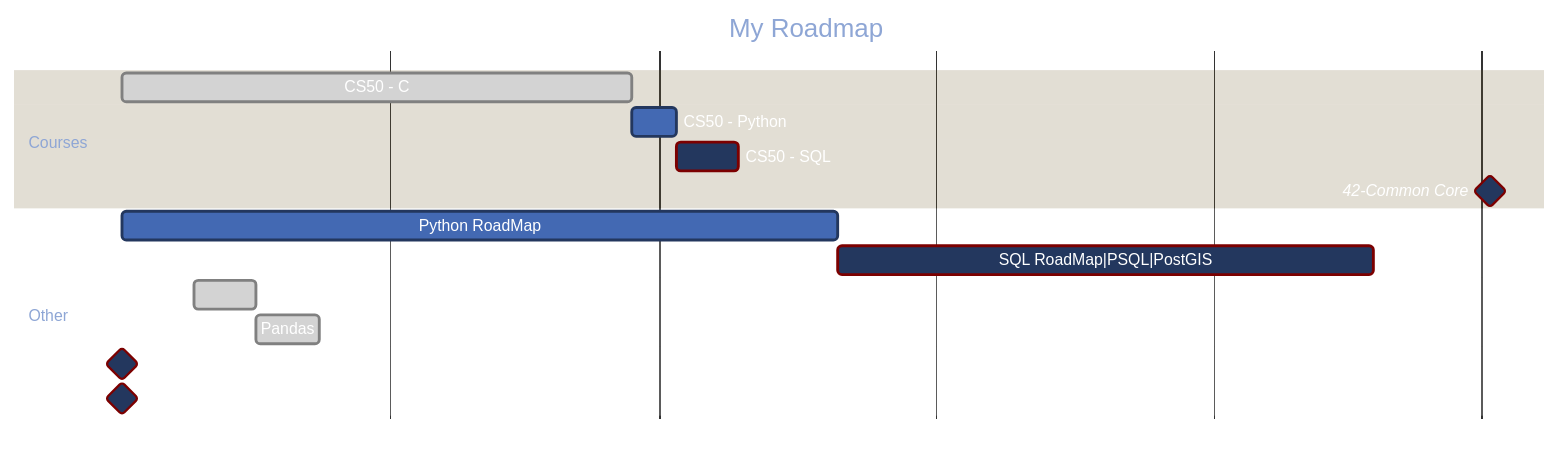
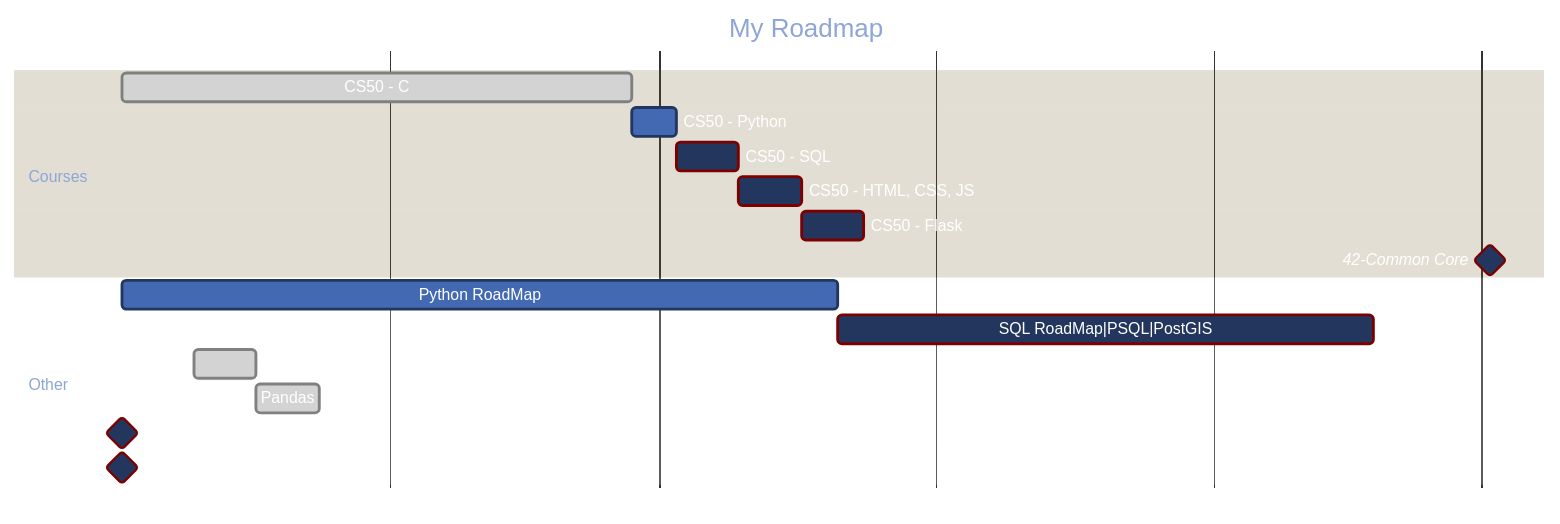
The diagram in README.md (see7e/programming-studies), drawn with Mermaid before and after one commit. The commit also changed other lines of this file, not shown here.

Commit message:
[+] Week 9 - Flask

````diff
--- a/README.md
+++ b/README.md
@@ -75,31 +75,33 @@
 ```mermaid
 %%{
   init: {
     'theme': 'base',
     'themeVariables': {
       'primaryColor': '#23375E',
       'primaryTextColor': '#FFF',
       'primaryBorderColor': '#7C0000',
       'lineColor': '#F8B229'
     }
   }
 }%%
 
 gantt
 	title My Roadmap
     dateFormat  DD-MM-YYYY
 
     section Courses
     CS50 - C                    :done, c1, 02-05-2023, 28-06-2023
     CS50 - Python               :active, c2, after c1, 03-07-2023
     CS50 - SQL                  :c3, after c2, 7d
+    CS50 - HTML, CSS, JS        :c4, after c3, 7d
+    CS50 - Flask                :c5, after c4, 7d
     42-Common Core              :milestone, 42, 02-10-2023, 0d
 
     section Other
     Python RoadMap              :active, a1, 02-05-2023, 80d
     SQL RoadMap|PSQL|PostGIS    :after a1, 60d
     OpenPyXL                    :done, a5, 10-05-2023, 7d 
     Pandas                      :done, after a5, 7d
     PowerBI (not started)       :milestone, 02-05-2023, 0d
     PowerApps (not started)     :milestone, 0d
 ```
````
